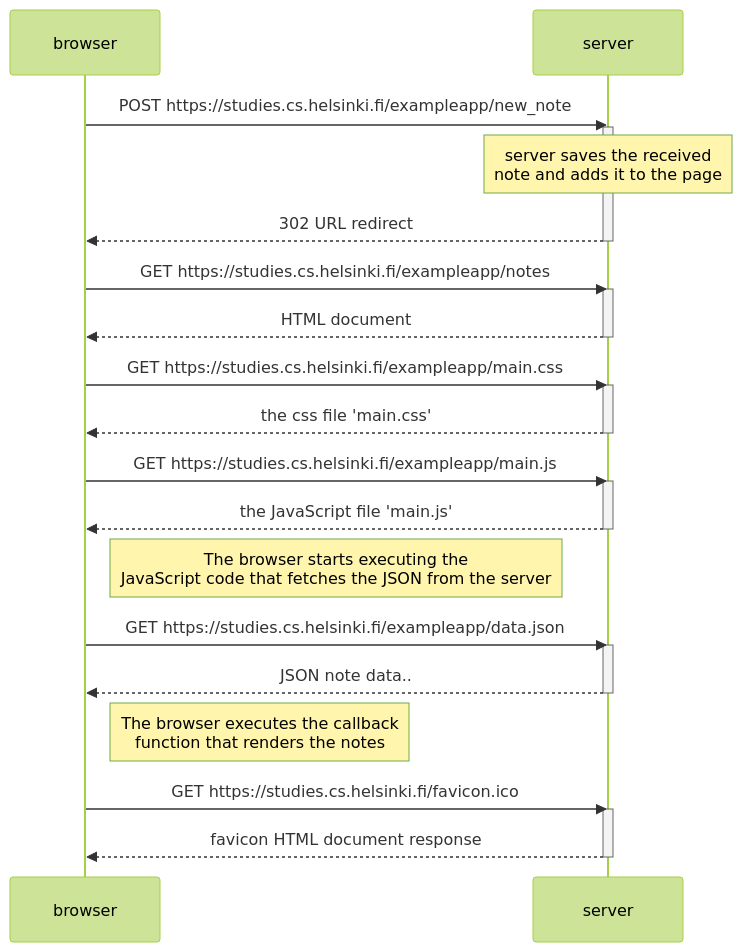
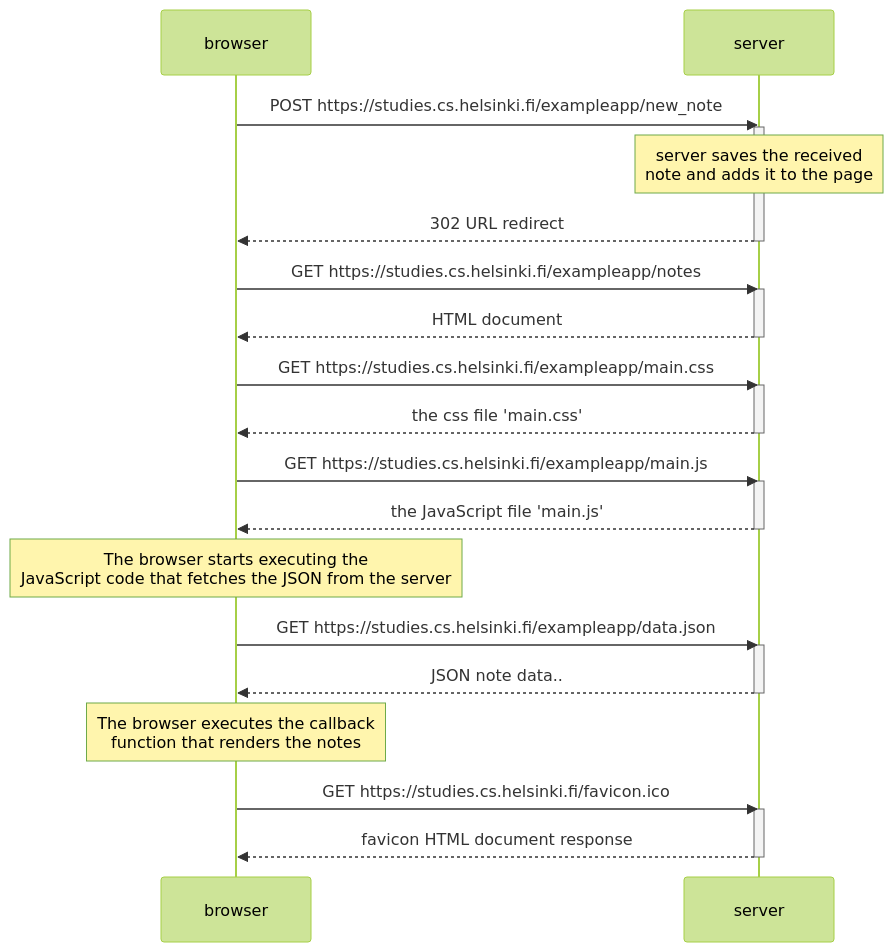
Before and after one commit to pirxus/fullstackopen: the diagram in part0/0.4_new_note_diagram.md, drawn with Mermaid (forest theme). The commit also changed 1 other file, not shown here.

Commit message:
part0 - moved diagram notes

````diff
--- a/part0/0.4_new_note_diagram.md
+++ b/part0/0.4_new_note_diagram.md
@@ -1,43 +1,43 @@
 ```mermaid
 sequenceDiagram
     participant browser
     participant server
 	
 	browser->>server: POST https://studies.cs.helsinki.fi/exampleapp/new_note
 	activate server
 	
 	Note over server: server saves the received <br/> note and adds it to the page	
 	
 	server-->>browser: 302 URL redirect
 	deactivate server
 
     
     browser->>server: GET https://studies.cs.helsinki.fi/exampleapp/notes
     activate server
     server-->>browser: HTML document
     deactivate server
 
     browser->>server: GET https://studies.cs.helsinki.fi/exampleapp/main.css
     activate server
     server-->>browser: the css file 'main.css'
     deactivate server
 
     browser->>server: GET https://studies.cs.helsinki.fi/exampleapp/main.js
     activate server
     server-->>browser: the JavaScript file 'main.js'
     deactivate server
 
-    Note right of browser: The browser starts executing the <br/> JavaScript code that fetches the JSON from the server
+    Note over browser: The browser starts executing the <br/> JavaScript code that fetches the JSON from the server
 
     browser->>server: GET https://studies.cs.helsinki.fi/exampleapp/data.json
     activate server
     server-->>browser: JSON note data..
     deactivate server
 
-    Note right of browser: The browser executes the callback <br/> function that renders the notes
+    Note over browser: The browser executes the callback <br/> function that renders the notes
     
 	browser->>server: GET https://studies.cs.helsinki.fi/favicon.ico
     activate server
     server-->>browser: favicon HTML document response
     deactivate server
 ```
````
